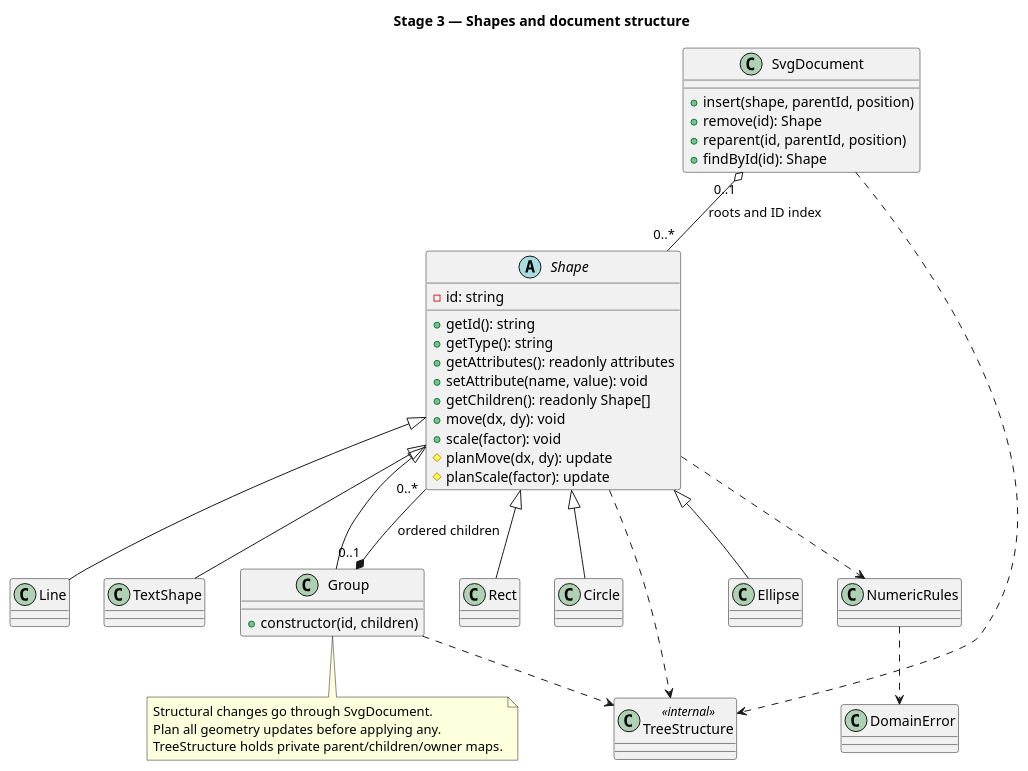
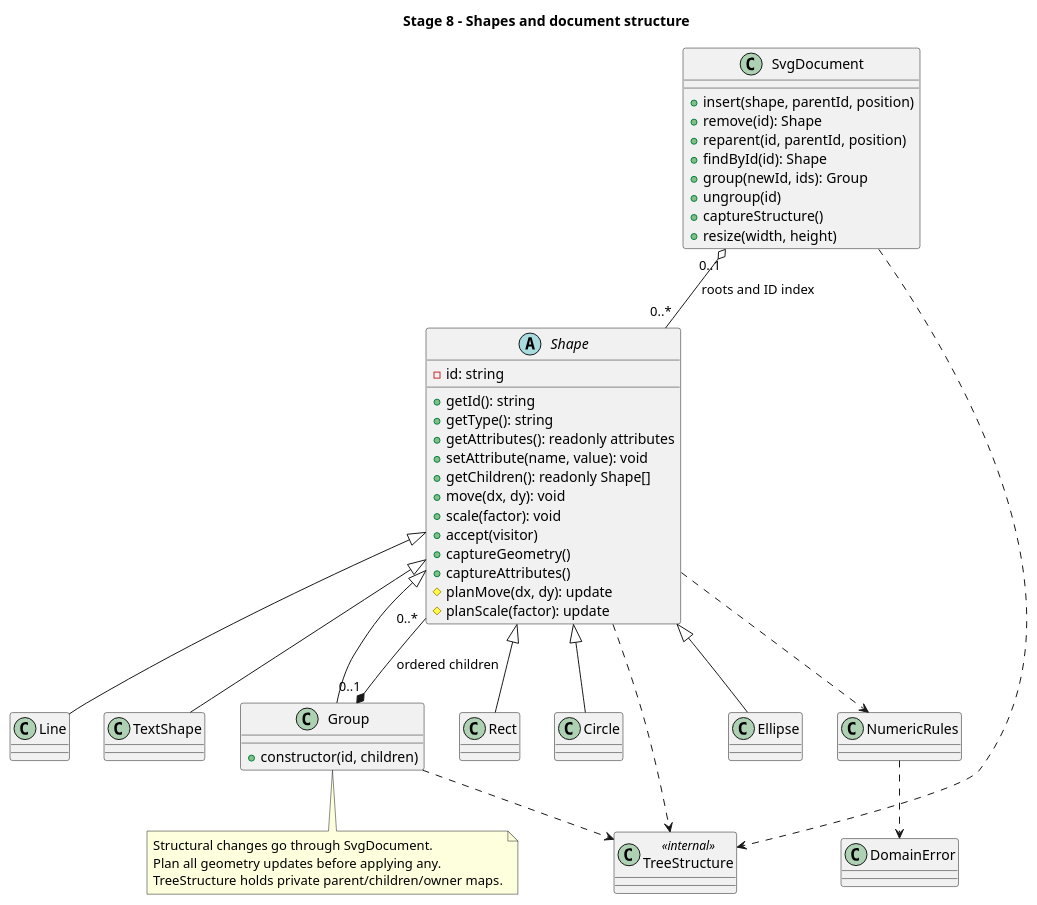
Before and after one commit to Liusizhuozhuo/svg-editor-lab1: the diagram in doc/shapes.puml, drawn with PlantUML. The commit also changed 9 other files, not shown here.

```diff
--- a/doc/shapes.puml
+++ b/doc/shapes.puml
@@ -1,50 +1,57 @@
 @startuml
- title Stage 3 — Shapes and document structure
+ title Stage 8 - Shapes and document structure
  abstract class Shape {
    - id: string
    + getId(): string
    + getType(): string
    + getAttributes(): readonly attributes
    + setAttribute(name, value): void
    + getChildren(): readonly Shape[]
    + move(dx, dy): void
    + scale(factor): void
+   + accept(visitor)
+   + captureGeometry()
+   + captureAttributes()
    # planMove(dx, dy): update
    # planScale(factor): update
  }
  class Rect
  class Circle
  class Ellipse
  class Line
  class TextShape
  class Group {
    + constructor(id, children)
  }
  class SvgDocument {
    + insert(shape, parentId, position)
    + remove(id): Shape
    + reparent(id, parentId, position)
    + findById(id): Shape
+   + group(newId, ids): Group
+   + ungroup(id)
+   + captureStructure()
+   + resize(width, height)
  }
  class TreeStructure <<internal>>
  SvgDocument ..> TreeStructure
  Shape ..> TreeStructure
  Group ..> TreeStructure
  SvgDocument "0..1" o-- "0..*" Shape : roots and ID index
  class NumericRules
  class DomainError
  Shape <|-- Rect
  Shape <|-- Circle
  Shape <|-- Ellipse
  Shape <|-- Line
  Shape <|-- TextShape
  Shape <|-- Group
  Group "0..1" *-- "0..*" Shape : ordered children
  Shape ..> NumericRules
  NumericRules ..> DomainError
  note bottom of Group
    Structural changes go through SvgDocument.
    Plan all geometry updates before applying any.
    TreeStructure holds private parent/children/owner maps.
  end note
 @enduml
```
